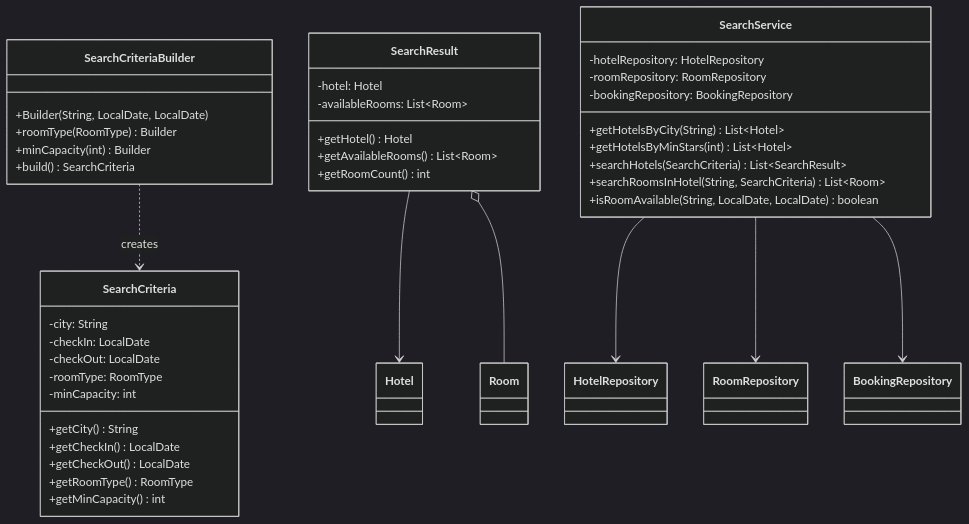
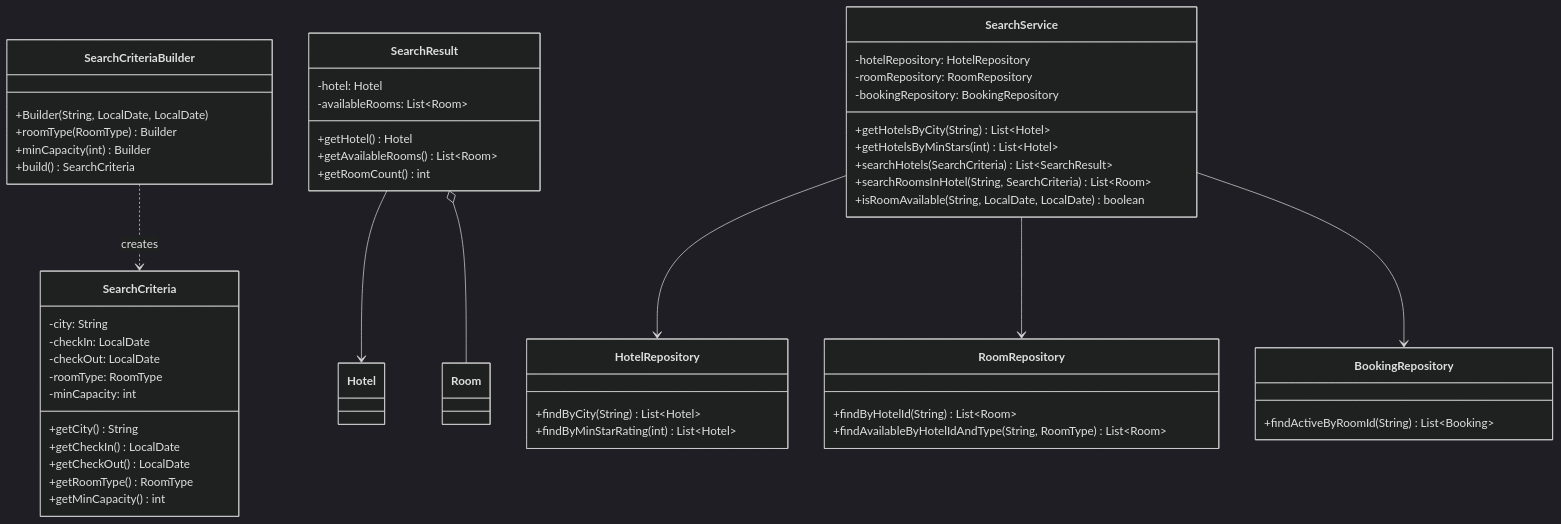
Before and after one commit to Arnavjain1703/LLD: the fourth of 9 diagrams in HotelManagement/HMS_Class_Diagrams.md, drawn with Mermaid (dark theme). The commit also changed other lines of this file, not shown here.

````diff
--- a/HotelManagement/HMS_Class_Diagrams.md
+++ b/HotelManagement/HMS_Class_Diagrams.md
@@ -182,48 +188,62 @@
 ```mermaid
 classDiagram
+    class HotelRepository {
+        +findByCity(String) List~Hotel~
+        +findByMinStarRating(int) List~Hotel~
+    }
+
+    class RoomRepository {
+        +findByHotelId(String) List~Room~
+        +findAvailableByHotelIdAndType(String, RoomType) List~Room~
+    }
+
+    class BookingRepository {
+        +findActiveByRoomId(String) List~Booking~
+    }
+
     class SearchCriteria {
         -city: String
         -checkIn: LocalDate
         -checkOut: LocalDate
         -roomType: RoomType
         -minCapacity: int
         +getCity() String
         +getCheckIn() LocalDate
         +getCheckOut() LocalDate
         +getRoomType() RoomType
         +getMinCapacity() int
     }
 
     class SearchCriteriaBuilder {
         +Builder(String, LocalDate, LocalDate)
         +roomType(RoomType) Builder
         +minCapacity(int) Builder
         +build() SearchCriteria
     }
 
     class SearchResult {
         -hotel: Hotel
         -availableRooms: List~Room~
         +getHotel() Hotel
         +getAvailableRooms() List~Room~
         +getRoomCount() int
     }
 
     class SearchService {
         -hotelRepository: HotelRepository
         -roomRepository: RoomRepository
         -bookingRepository: BookingRepository
         +getHotelsByCity(String) List~Hotel~
         +getHotelsByMinStars(int) List~Hotel~
         +searchHotels(SearchCriteria) List~SearchResult~
         +searchRoomsInHotel(String, SearchCriteria) List~Room~
         +isRoomAvailable(String, LocalDate, LocalDate) boolean
     }
 
     SearchCriteriaBuilder  ..>  SearchCriteria : creates
     SearchResult           -->  Hotel
     SearchResult           o--  Room
     SearchService          -->  HotelRepository
     SearchService          -->  RoomRepository
     SearchService          -->  BookingRepository
 ```
````
